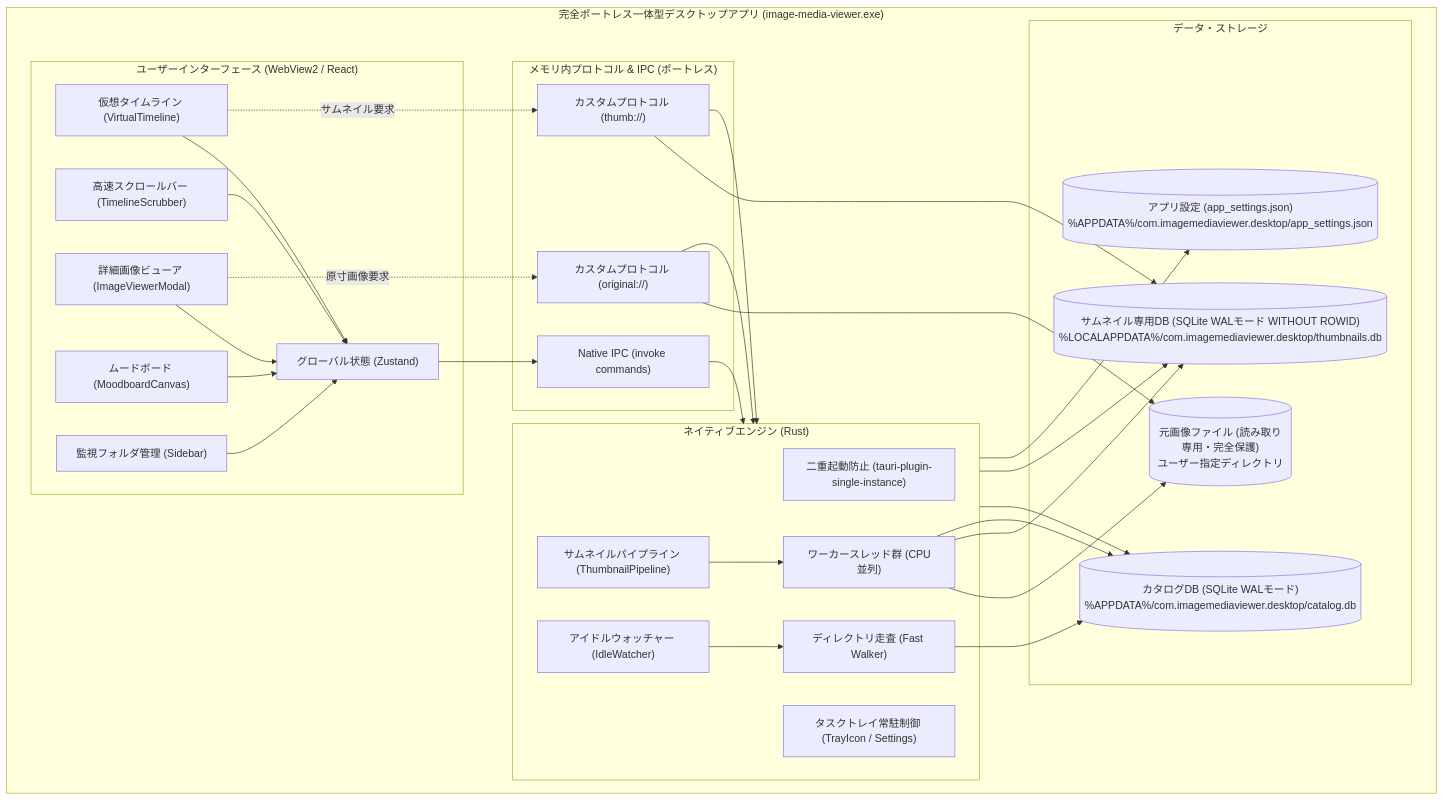
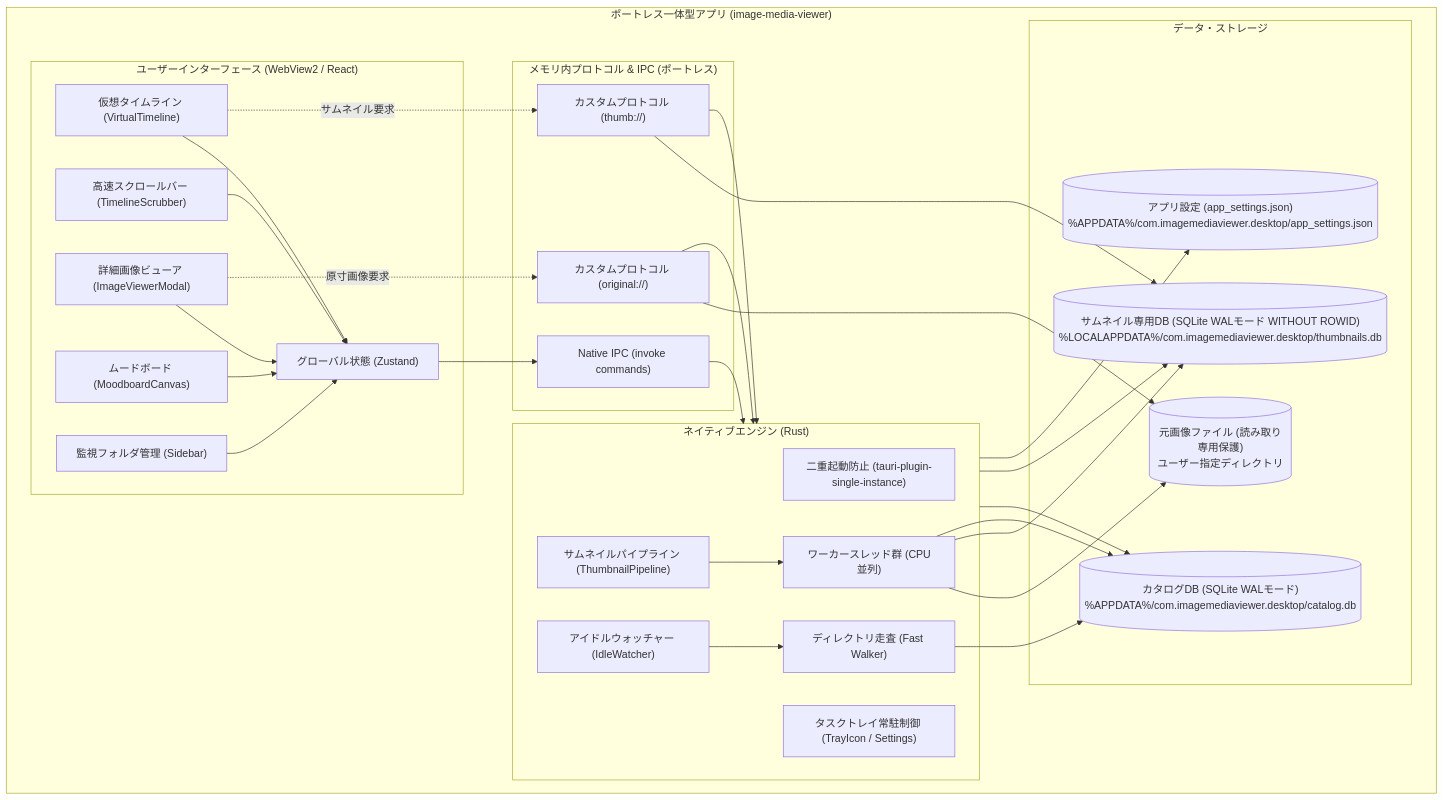
One commit to irinanpic/ImageMediaViewer changed the first of 6 diagrams in docs/DESIGN.md. Above: the diagram before and after it, drawn with Mermaid. The commit also changed other lines of this file and 94 other files, not shown here.

````diff
--- a/docs/DESIGN.md
+++ b/docs/DESIGN.md
@@ -14,61 +14,61 @@
 ```mermaid
 flowchart TD
-    subgraph App ["完全ポートレス一体型デスクトップアプリ (image-media-viewer.exe)"]
+    subgraph App ["ポートレス一体型アプリ (image-media-viewer)"]
         subgraph UI ["ユーザーインターフェース (WebView2 / React)"]
             Timeline["仮想タイムライン (VirtualTimeline)"]
             Scrubber["高速スクロールバー (TimelineScrubber)"]
             Viewer["詳細画像ビューア (ImageViewerModal)"]
             Board["ムードボード (MoodboardCanvas)"]
             Sidebar["監視フォルダ管理 (Sidebar)"]
             Store["グローバル状態 (Zustand)"]
         end
 
         subgraph Transport ["メモリ内プロトコル & IPC (ポートレス)"]
             IPC["Native IPC (invoke commands)"]
             ThumbProtocol["カスタムプロトコル (thumb://)"]
             OrigProtocol["カスタムプロトコル (original://)"]
         end
 
         subgraph Core ["ネイティブエンジン (Rust)"]
             SingleInstance["二重起動防止 (tauri-plugin-single-instance)"]
             Tray["タスクトレイ常駐制御 (TrayIcon / Settings)"]
             Pipeline["サムネイルパイプライン (ThumbnailPipeline)"]
             WorkerPool["ワーカースレッド群 (CPU並列)"]
             Watcher["アイドルウォッチャー (IdleWatcher)"]
             Scanner["ディレクトリ走査 (Fast Walker)"]
         end
 
         subgraph Storage ["データ・ストレージ"]
             DB[("カタログDB (SQLite WALモード)\n%APPDATA%/com.imagemediaviewer.desktop/catalog.db")]
             ThumbDB[("サムネイル専用DB (SQLite WALモード WITHOUT ROWID)\n%LOCALAPPDATA%/com.imagemediaviewer.desktop/thumbnails.db")]
-            OriginalFiles[("元画像ファイル (読み取り専用・完全保護)\nユーザー指定ディレクトリ")]
+            OriginalFiles[("元画像ファイル (読み取り専用保護)\nユーザー指定ディレクトリ")]
             SettingsFile[("アプリ設定 (app_settings.json)\n%APPDATA%/com.imagemediaviewer.desktop/app_settings.json")]
         end
     end
 
     Timeline --> Store
     Scrubber --> Store
     Viewer --> Store
     Board --> Store
     Sidebar --> Store
 
     Store --> IPC
     Timeline -. "サムネイル要求" .-> ThumbProtocol
     Viewer -. "原寸画像要求" .-> OrigProtocol
 
     IPC --> Core
     ThumbProtocol --> Core
     OrigProtocol --> Core
 
     Core --> DB
     Core --> ThumbDB
     Core --> SettingsFile
     ThumbProtocol --> ThumbDB
     OrigProtocol --> OriginalFiles
     Pipeline --> WorkerPool
     WorkerPool --> OriginalFiles
     WorkerPool --> ThumbDB
     WorkerPool --> DB
     Watcher --> Scanner
     Scanner --> DB
 ```
````
